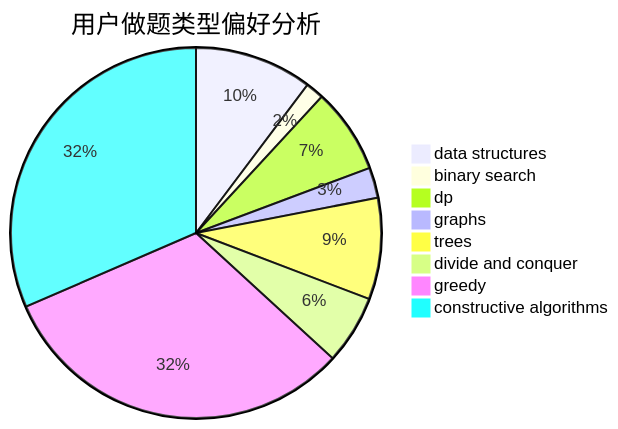
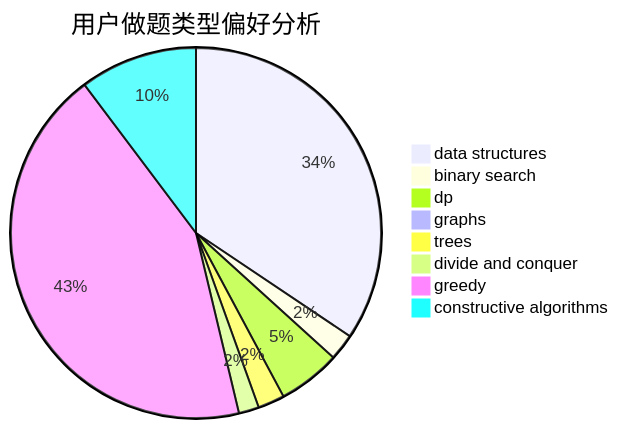
Before and after one commit to sherpahu/cfrs.github.io: the second of 3 diagrams in docs/user/u2575.md, drawn with Mermaid. The commit also changed other lines of this file and 2770 other files, not shown here.

````diff
--- a/docs/user/u2575.md
+++ b/docs/user/u2575.md
@@ -23,11 +23,11 @@
 ```mermaid
 pie title 用户做题类型偏好分析
-    "data structures" :  58
-    "binary search" :  9
-    "dp" :  42
-    "graphs" :  15
-    "trees" :  50
-    "divide and conquer" :  34
-    "greedy" :  179
-    "constructive algorithms" :  178
+    "data structures" :  429
+    "binary search" :  29
+    "dp" :  68
+    "graphs" :  9
+    "trees" :  29
+    "divide and conquer" :  22
+    "greedy" :  542
+    "constructive algorithms" :  128
 ```
````
